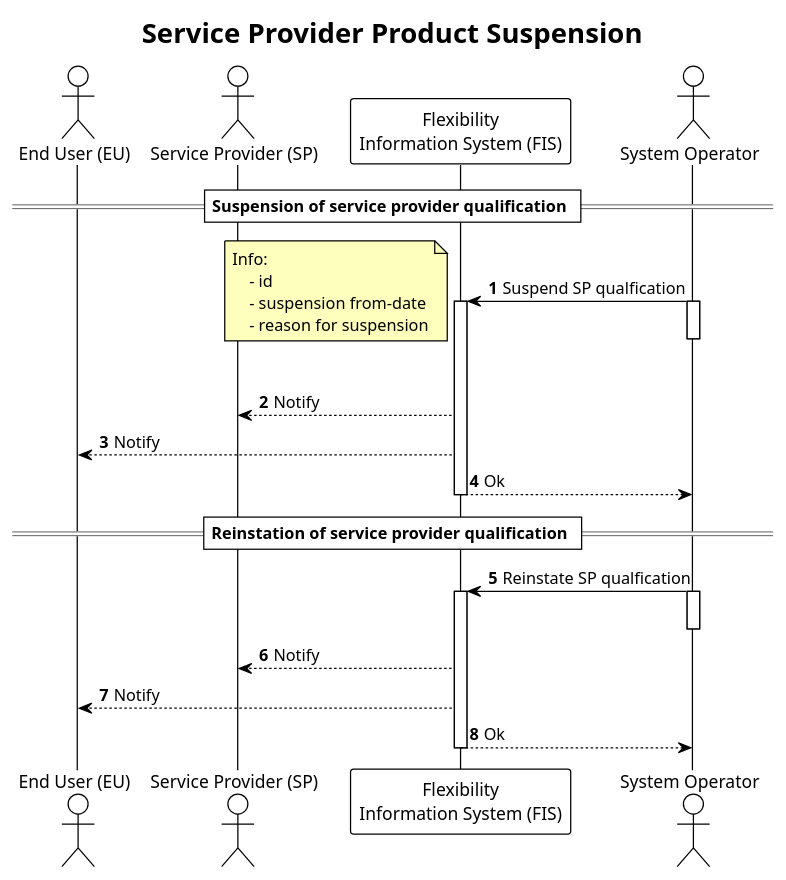
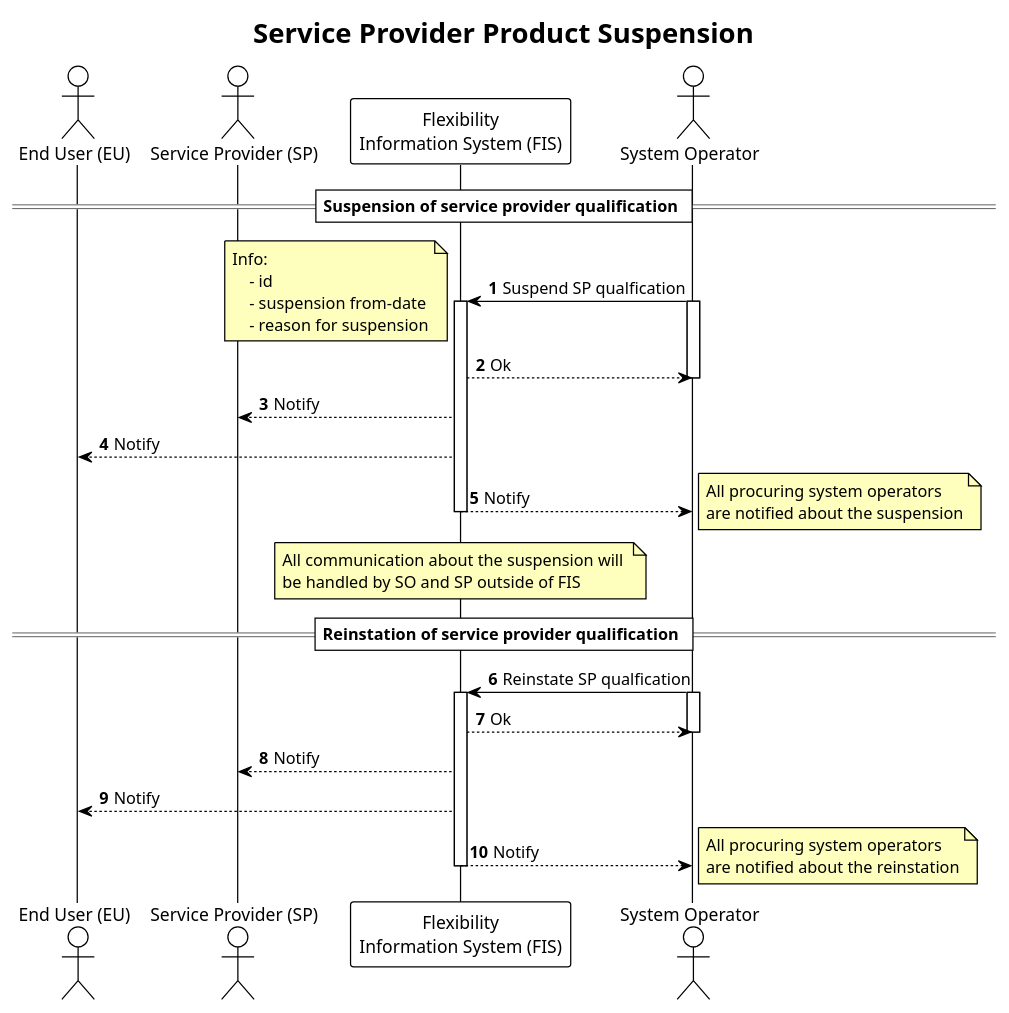
The diagram in docs/diagrams/service_provider_product_suspension.plantuml (elhub/flex-information-system), drawn with PlantUML before and after one commit.

Commit message:
Small changes, first draft for work group

```diff
--- a/docs/diagrams/service_provider_product_suspension.plantuml
+++ b/docs/diagrams/service_provider_product_suspension.plantuml
@@ -1,57 +1,78 @@
 @startuml service_provider_product_suspension
 
 !theme plain
 
 title Service Provider Product Suspension
 
 autonumber
 skinparam note {
     BackgroundColor #FFFFBD
 }
 
 actor "End User (EU)" as EU
 actor "Service Provider (SP)" as SP
 participant "Flexibility\nInformation System (FIS)" as FIS
 actor "System Operator" as SO
 
 == Suspension of service provider qualification ==
 
 
 SO -> FIS: Suspend SP qualfication
 activate SO
-deactivate SO 
+
 
 note left
     Info: 
         - id
         - suspension from-date
         - reason for suspension
 end note
 
 activate FIS
 
+FIS --> SO: Ok
+deactivate SO 
 FIS --> SP: Notify 
 FIS --> EU: Notify
-FIS --> SO: Ok
+FIS --> SO: Notify
+
+note right
+    All procuring system operators
+    are notified about the suspension
+end note
+
 deactivate FIS
+
+note over FIS
+    All communication about the suspension will 
+    be handled by SO and SP outside of FIS
+end note
 
 == Reinstation of service provider qualification ==
 SO -> FIS: Reinstate SP qualfication
 activate SO
-deactivate SO
+
 
 activate FIS
 
+FIS --> SO: Ok
+deactivate SO
 FIS --> SP: Notify 
 FIS --> EU: Notify
-FIS --> SO: Ok
+FIS --> SO: Notify
+
+note right
+    All procuring system operators
+    are notified about the reinstation
+end note
+
 deactivate FIS
 
 
 
 
 
 
 
 
 @enduml
```
